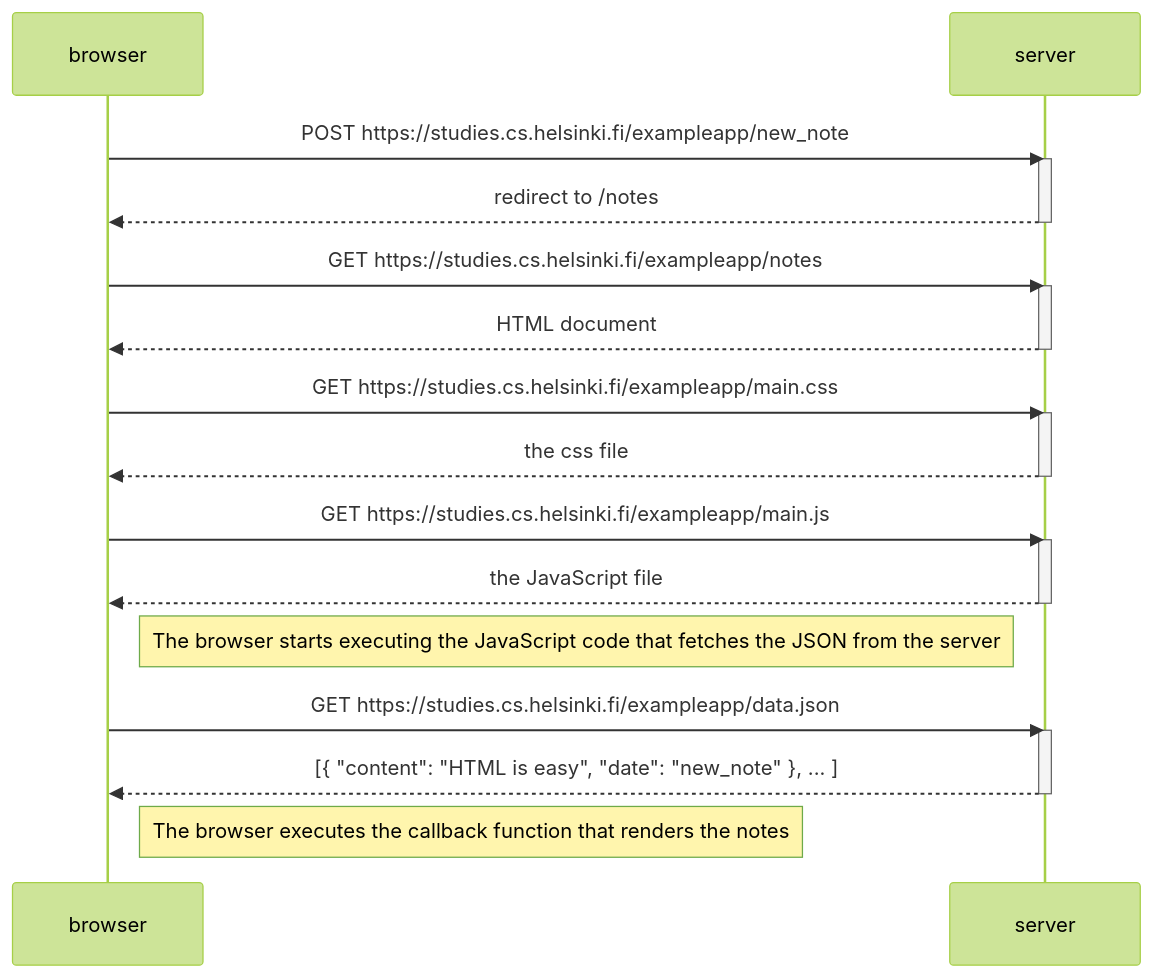
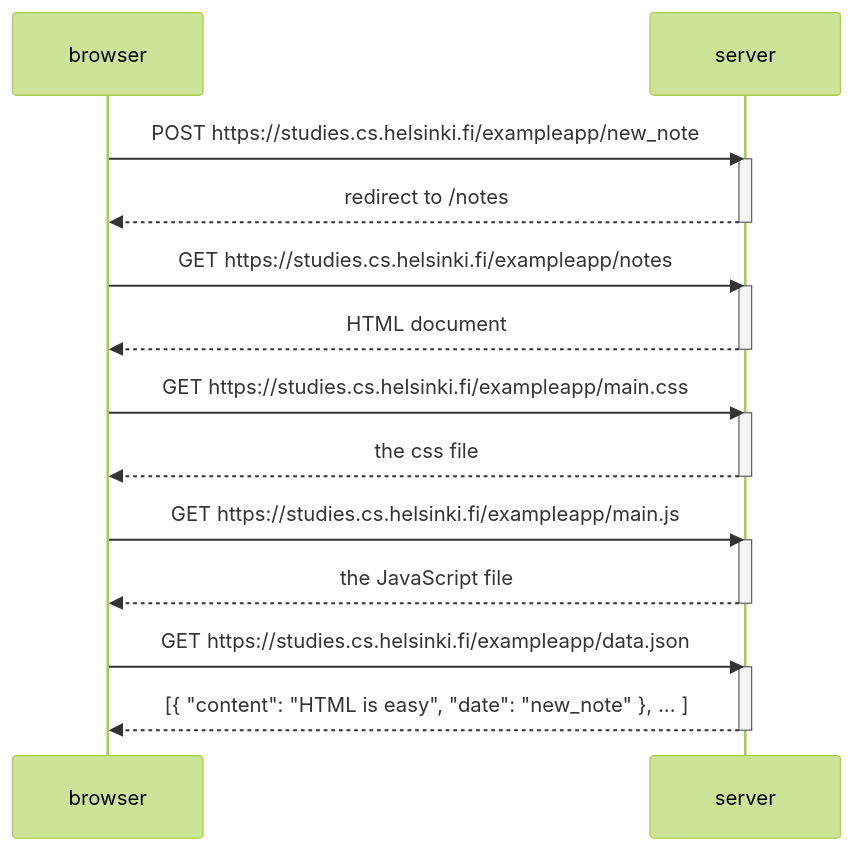
One commit to Nanotiike/fullstack_palautusrepositorio changed the diagram in osa0/0.4:uusi_muistiinpano.md. Above: the diagram before and after it, drawn with Mermaid (forest theme).

````diff
--- a/osa0/0.4:uusi_muistiinpano.md
+++ b/osa0/0.4:uusi_muistiinpano.md
@@ -1,34 +1,31 @@
 ```mermaid
 sequenceDiagram
     participant browser
     participant server
 
     browser->>server: POST https://studies.cs.helsinki.fi/exampleapp/new_note
     activate server
     server -->>browser: redirect to /notes
     deactivate server
 
     browser->>server: GET https://studies.cs.helsinki.fi/exampleapp/notes
     activate server
     server-->>browser: HTML document
     deactivate server
     
     browser->>server: GET https://studies.cs.helsinki.fi/exampleapp/main.css
     activate server
     server-->>browser: the css file
     deactivate server
     
     browser->>server: GET https://studies.cs.helsinki.fi/exampleapp/main.js
     activate server
     server-->>browser: the JavaScript file
     deactivate server
     
-    Note right of browser: The browser starts executing the JavaScript code that fetches the JSON from the server
-    
     browser->>server: GET https://studies.cs.helsinki.fi/exampleapp/data.json
     activate server
     server-->>browser: [{ "content": "HTML is easy", "date": "new_note" }, ... ]
     deactivate server    
 
-    Note right of browser: The browser executes the callback function that renders the notes
 ```
````
